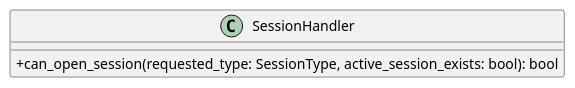
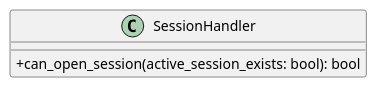
The diagram in src/PB/DocumentazioneEsterna/Specifica_Tecnica/content/uml/puml/Diagrammi_classi/Backend/Domain/SessionHandler.puml (GroupRubberDuck/Documentazione), drawn with PlantUML before and after one commit. The commit also changed 34 other files, not shown here.

```diff
--- a/src/PB/DocumentazioneEsterna/Specifica_Tecnica/content/uml/puml/Diagrammi_classi/Backend/Domain/SessionHandler.puml
+++ b/src/PB/DocumentazioneEsterna/Specifica_Tecnica/content/uml/puml/Diagrammi_classi/Backend/Domain/SessionHandler.puml
@@ -1,10 +1,8 @@
 @startuml SessionHandler
-skinparam linetype ortho
 skinparam classAttributeIconSize 0
 
 class SessionHandler {
-    + can_open_session(requested_type: SessionType, active_session_exists: bool): bool
-
+    + can_open_session(active_session_exists: bool): bool
 }
 
 @enduml
```
